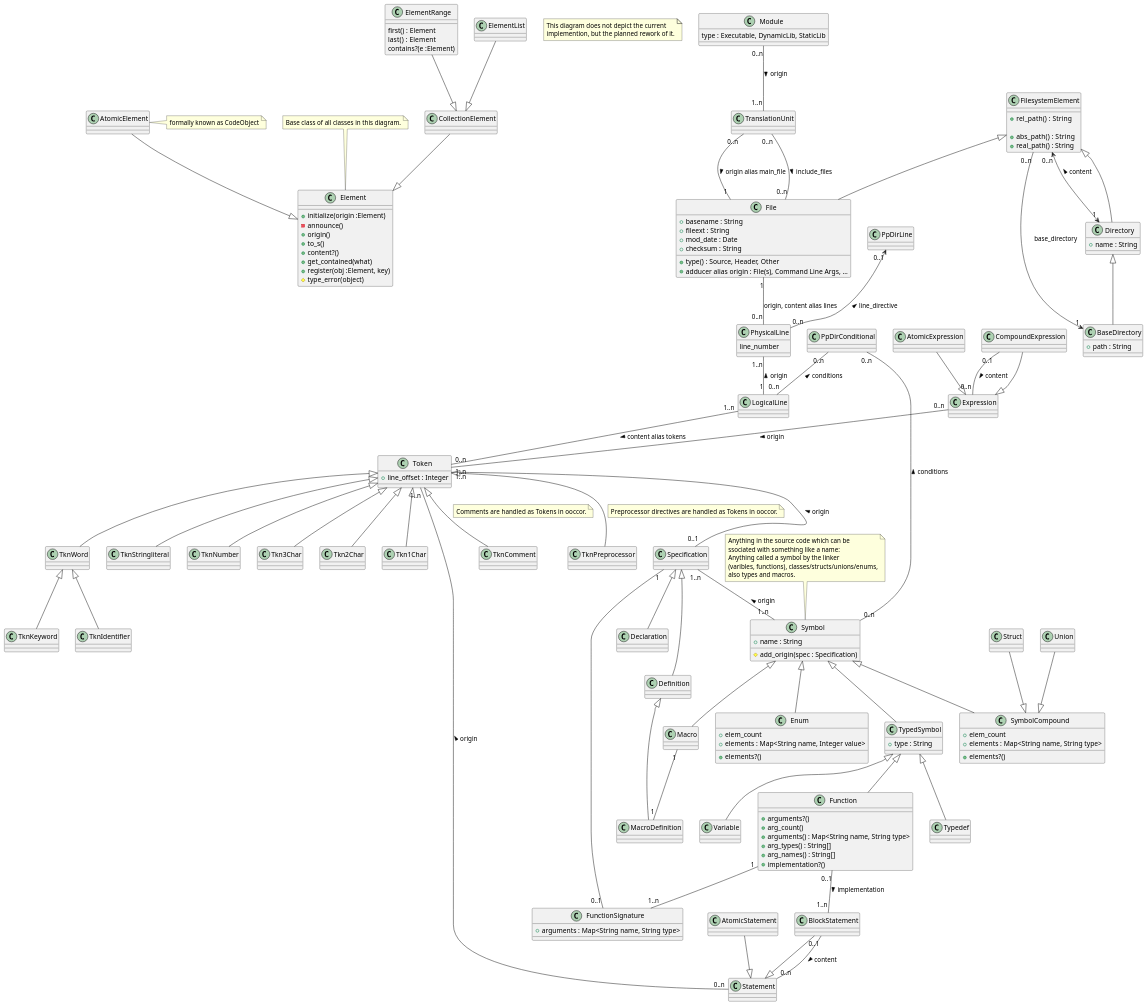
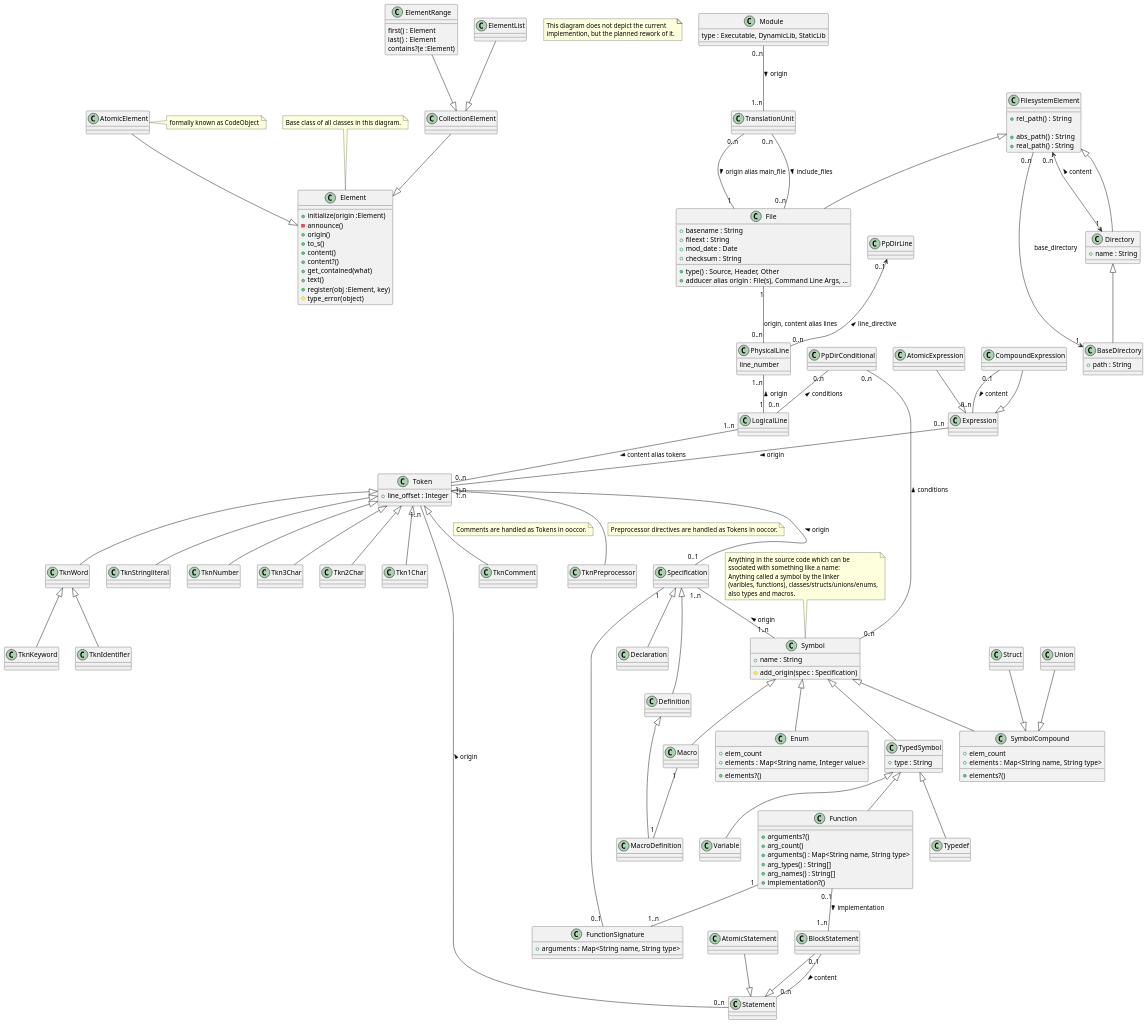
One commit to thilo-fischer/rocc changed the diagram in design/classes.puml. Above: the diagram before and after it, drawn with PlantUML. The commit also changed 2 other files, not shown here.

```diff
--- a/design/classes.puml
+++ b/design/classes.puml
@@ -12,9 +12,15 @@
   + initialize(origin :Element)
   - announce()
   + origin()
+  ' string representation of this element useful to identify it in debugging context
   + to_s()
+  ' elements within this element's 'scope'
+  + content()
   + content?()
+  ' return all elements within this element's 'scope' that match the condition specified by 'what'
   + get_contained(what)
+  ' source code representing this element
+  + text()
   + register(obj :Element, key)
   # type_error(object)
 }
```
